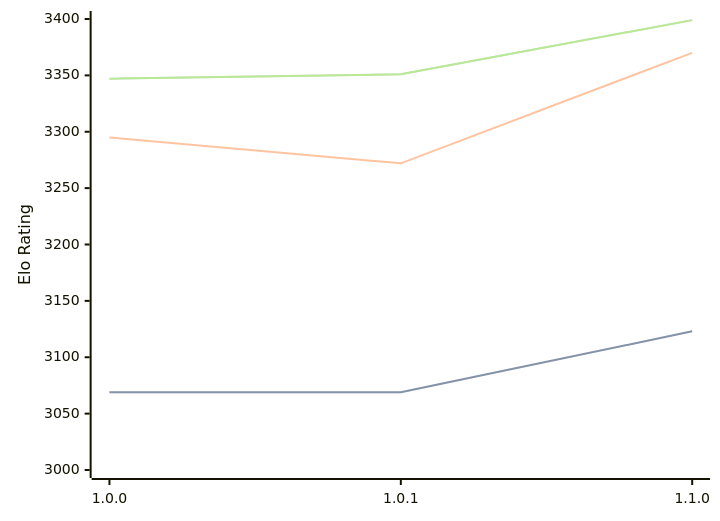
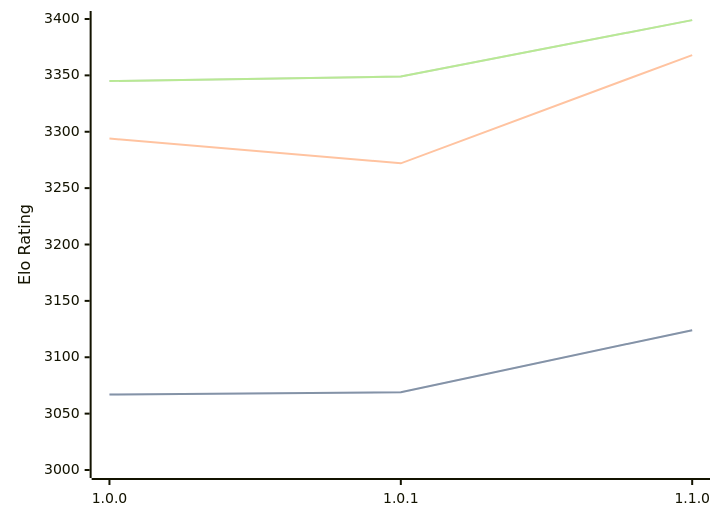
The diagram in engines/Ursus.md (computer-chess-index/cci), drawn with Mermaid before and after one commit. The commit also changed other lines of this file, not shown here.

Commit message:
Update CCI Ratings (ELO VLTC) - 2026-09-01

````diff
--- a/engines/Ursus.md
+++ b/engines/Ursus.md
@@ -33,11 +33,11 @@
 ```mermaid
 %%{init: {"theme":"base","themeVariables":{"seriesColors:['#a3a3a3','#222221','#faa371']}}}%%
 xychart-beta
   x-axis ["1.0.0", "1.0.1", "1.1.0"]
   y-axis "Elo Rating" 3000 --> 3400
-  line "" [3069, 3069, 3123]
-  line "STC (8.0+0.08s)" [3069, 3069, 3123]
-  line "LTC (60.0+0.60s)" [3295, 3272, 3370]
-  line "" [3347, 3351, 3399]
-  line "VLTC (2m24s+1.12s)" [3347, 3351, 3399]
+  line "" [3067, 3069, 3124]
+  line "STC (8.0+0.08s)" [3067, 3069, 3124]
+  line "LTC (60.0+0.60s)" [3294, 3272, 3368]
+  line "" [3345, 3349, 3399]
+  line "VLTC (2m24s+1.12s)" [3345, 3349, 3399]
 ```
````
